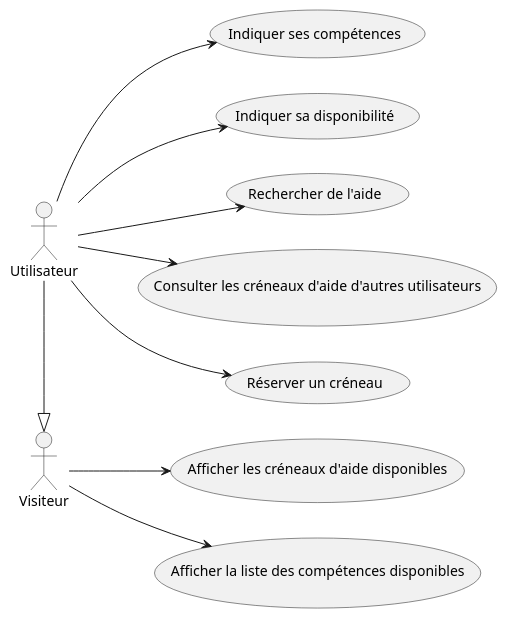
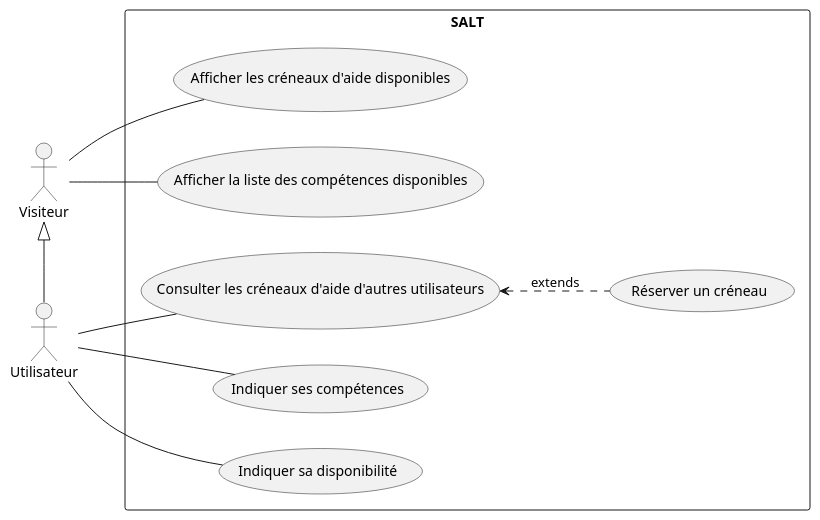
One commit to ayl001/Eval_2 changed the diagram in docs/usecases.puml. Above: the diagram before and after it, drawn with PlantUML.

Commit message:
Correction du diagramme de cas d'utilisation

```diff
--- a/docs/usecases.puml
+++ b/docs/usecases.puml
@@ -1,25 +1,26 @@
 @startuml
 left to right direction
+
+actor "Utilisateur" as Utilisateur
 actor "Visiteur" as Visiteur
-actor "Utilisateur" as Utilisateur
 
-usecase "Afficher les créneaux d'aide disponibles" as U1
-usecase "Afficher la liste des compétences disponibles" as U2
+rectangle SALT {
+    usecase "Afficher les créneaux d'aide disponibles" as U1
+    usecase "Afficher la liste des compétences disponibles" as U2
 
-usecase "Indiquer ses compétences" as U3
-usecase "Indiquer sa disponibilité" as U4
-usecase "Rechercher de l'aide" as U5
-usecase "Consulter les créneaux d'aide d'autres utilisateurs" as U6
-usecase "Réserver un créneau" as U7
+    usecase "Indiquer ses compétences" as U3
+    usecase "Indiquer sa disponibilité" as U4
+    usecase "Consulter les créneaux d'aide d'autres utilisateurs" as U6
+    usecase "Réserver un créneau" as U7
+}
+U7 .up.> U6 : extends
 
-Visiteur --> U1
-Visiteur --> U2
+Visiteur -- U1
+Visiteur -- U2
 
-Utilisateur --> U3
-Utilisateur --> U4
-Utilisateur --> U5
-Utilisateur --> U6
-Utilisateur --> U7
+Utilisateur -- U3
+Utilisateur -- U4
+Utilisateur -- U6
 
-Utilisateur -|> Visiteur
+Visiteur <|-right- Utilisateur
 @enduml
```
